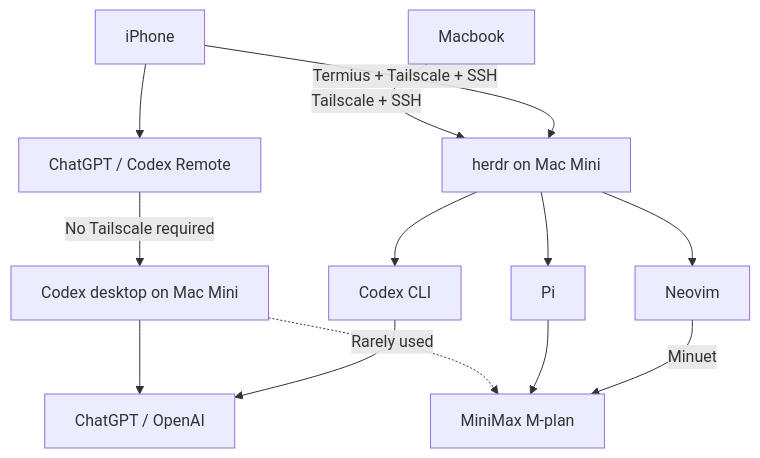
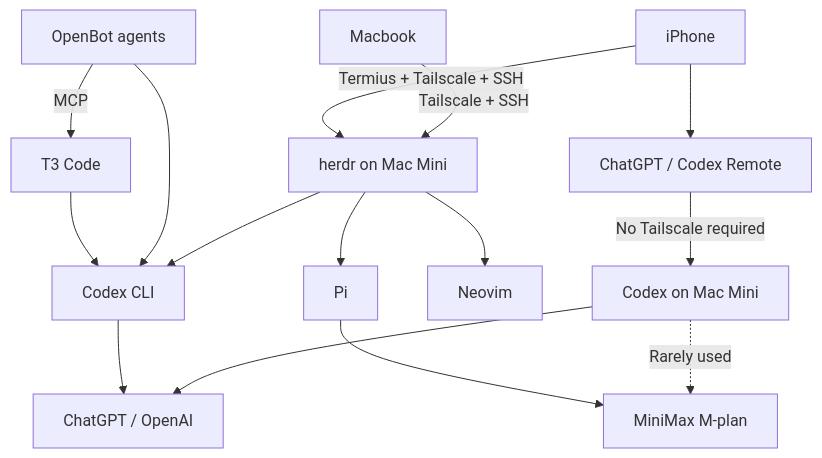
Before and after one commit to AllenYolk/allenyolk.github.io: the diagram in content/tool-stack.md, drawn with Mermaid. The commit also changed other lines of this file and 1 other file, not shown here.

````diff
--- a/content/tool-stack.md
+++ b/content/tool-stack.md
@@ -106,15 +117,17 @@
 ```mermaid
 flowchart TB
     phone["iPhone"] --> remote["ChatGPT / Codex Remote"]
-    remote -->|"No Tailscale required"| codex["Codex desktop on Mac Mini"]
+    remote -->|"No Tailscale required"| codex["Codex on Mac Mini"]
     macbook["Macbook"] -->|"Tailscale + SSH"| terminal["herdr on Mac Mini"]
     phone -->|"Termius + Tailscale + SSH"| terminal
     terminal --> pi["Pi"]
     terminal --> nvim["Neovim"]
     terminal --> cli["Codex CLI"]
+    openbot["OpenBot agents"] --> cli
+    openbot -->|"MCP"| t3["T3 Code"]
+    t3 --> cli
     codex --> openai["ChatGPT / OpenAI"]
     cli --> openai
     codex -.->|"Rarely used"| minimax["MiniMax M-plan"]
     pi --> minimax
-    nvim -->|"Minuet"| minimax
 ```
````
